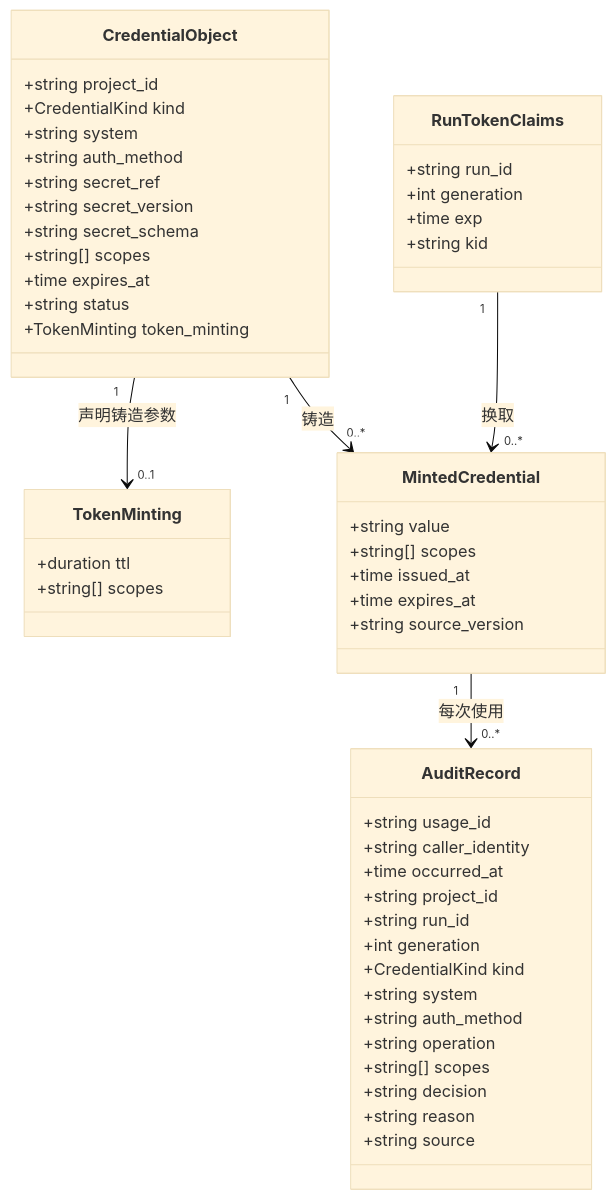
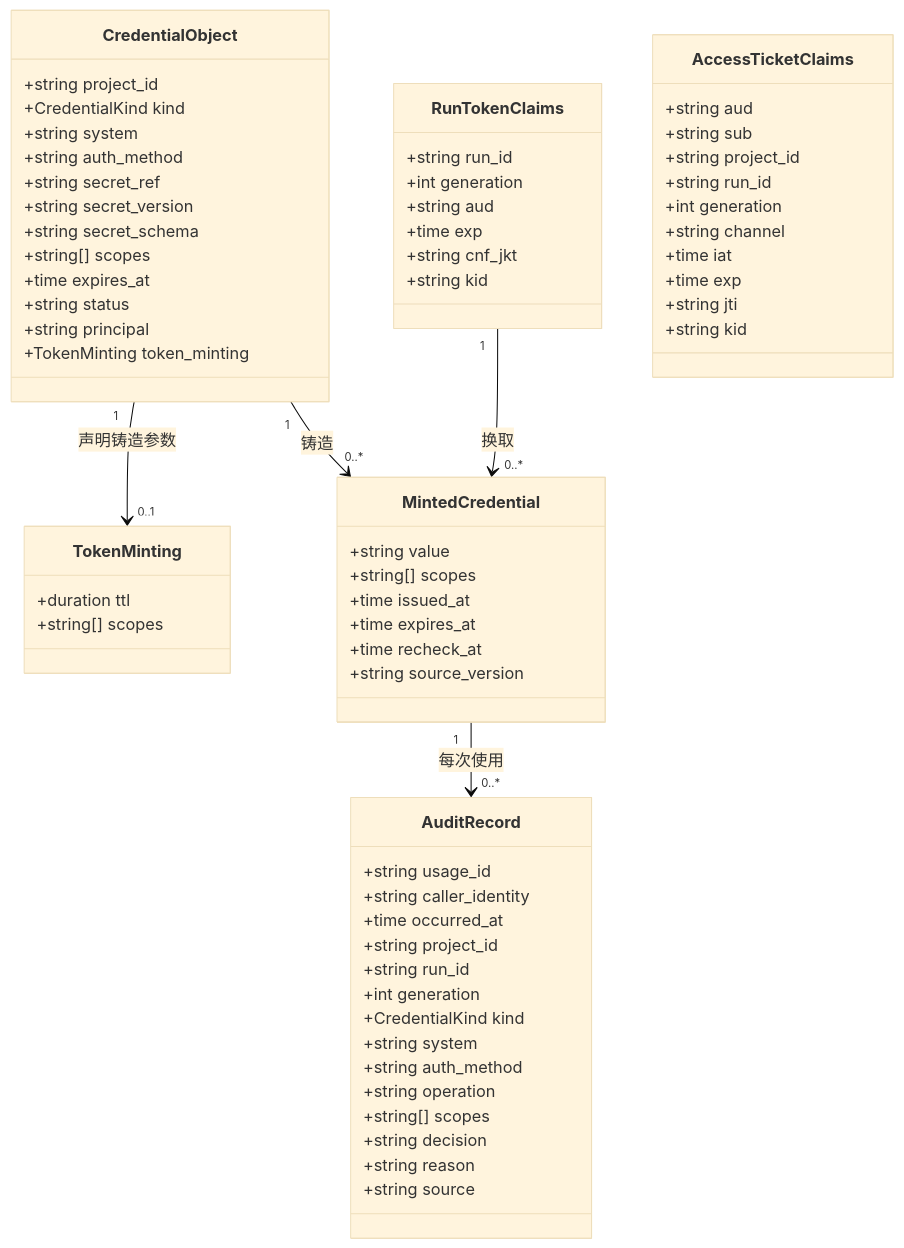
Before and after one commit to wangzw/castworks: the first of 4 diagrams in docs/design/modules/design-secrets.md, drawn with Mermaid (base theme). The commit also changed other lines of this file and 29 other files, not shown here.

````diff
--- a/docs/design/modules/design-secrets.md
+++ b/docs/design/modules/design-secrets.md
@@ -242,53 +316,69 @@
 ```mermaid
 classDiagram
     class CredentialObject {
         +string project_id
         +CredentialKind kind
         +string system
         +string auth_method
         +string secret_ref
         +string secret_version
         +string secret_schema
         +string[] scopes
         +time expires_at
         +string status
+        +string principal
         +TokenMinting token_minting
     }
     class TokenMinting {
         +duration ttl
         +string[] scopes
     }
     class RunTokenClaims {
         +string run_id
         +int generation
+        +string aud
         +time exp
+        +string cnf_jkt
+        +string kid
+    }
+    class AccessTicketClaims {
+        +string aud
+        +string sub
+        +string project_id
+        +string run_id
+        +int generation
+        +string channel
+        +time iat
+        +time exp
+        +string jti
         +string kid
     }
     class MintedCredential {
         +string value
         +string[] scopes
         +time issued_at
         +time expires_at
+        +time recheck_at
         +string source_version
     }
     class AuditRecord {
         +string usage_id
         +string caller_identity
         +time occurred_at
         +string project_id
         +string run_id
         +int generation
         +CredentialKind kind
         +string system
         +string auth_method
         +string operation
         +string[] scopes
         +string decision
         +string reason
         +string source
     }
     CredentialObject "1" --> "0..1" TokenMinting : 声明铸造参数
     CredentialObject "1" --> "0..*" MintedCredential : 铸造
     RunTokenClaims "1" --> "0..*" MintedCredential : 换取
     MintedCredential "1" --> "0..*" AuditRecord : 每次使用
 ```
````
